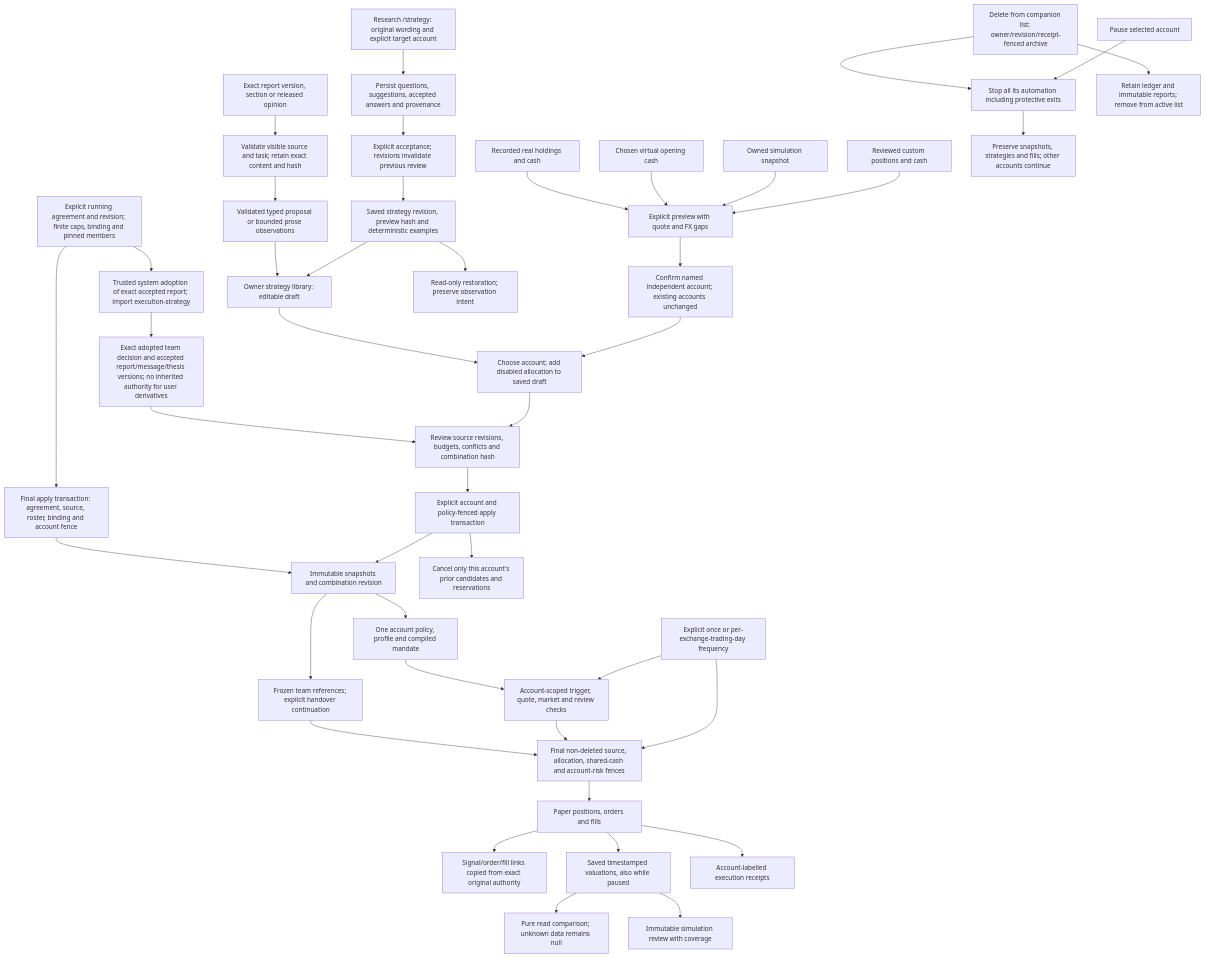
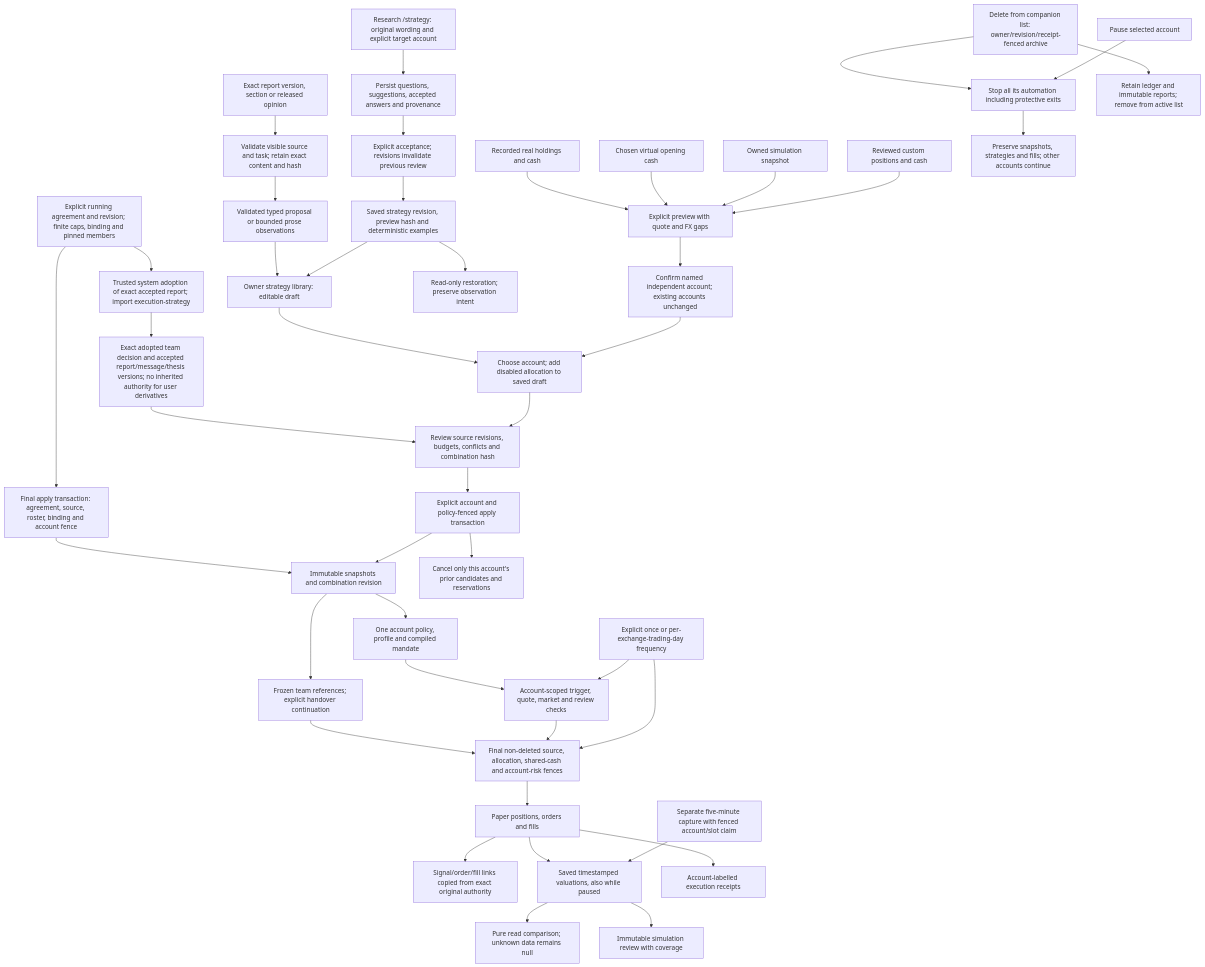
Before and after one commit to Lueyu/squabble: the third of 5 diagrams in docs/architecture.md, drawn with Mermaid. The commit also changed other lines of this file and 65 other files, not shown here.

````diff
--- a/docs/architecture.md
+++ b/docs/architecture.md
@@ -292,44 +297,45 @@
 ```mermaid
 flowchart TD
     agreement["Explicit running agreement and revision; finite caps, binding and pinned members"] --> systemActor["Trusted system adoption of exact accepted report; import execution-strategy"]
     systemActor --> teamDecision
     agreement --> finalAuthority["Final apply transaction: agreement, source, roster, binding and account fence"]
     finalAuthority --> authority
     teamDecision["Exact adopted team decision and accepted report/message/thesis versions; no inherited authority for user derivatives"] --> preview
     authority --> teamPolicy["Frozen team references; explicit handover continuation"]
     teamPolicy --> order
     ledger --> teamTrace["Signal/order/fill links copied from exact original authority"]
     real["Recorded real holdings and cash"] --> seed["Explicit preview with quote and FX gaps"]
     virtual["Chosen virtual opening cash"] --> seed
     ownedPaper["Owned simulation snapshot"] --> seed
     custom["Reviewed custom positions and cash"] --> seed
     seed --> create["Confirm named independent account; existing accounts unchanged"]
     source["Exact report version, section or released opinion"] --> readable["Validate visible source and task; retain exact content and hash"]
     readable --> typed["Validated typed proposal or bounded prose observations"]
     typed --> draft["Owner strategy library: editable draft"]
     idea["Research /strategy: original wording and explicit target account"] --> questions["Persist questions, suggestions, accepted answers and provenance"]
     questions --> acceptAnswer["Explicit acceptance; revisions invalidate previous review"]
     acceptAnswer --> savedReview["Saved strategy revision, preview hash and deterministic examples"]
     savedReview --> draft
     savedReview --> restoreReview["Read-only restoration; preserve observation intent"]
     draft --> target["Choose account; add disabled allocation to saved draft"]
     create --> target
     target --> preview["Review source revisions, budgets, conflicts and combination hash"]
     preview --> apply["Explicit account and policy-fenced apply transaction"]
     apply --> authority["Immutable snapshots and combination revision"]
     apply --> cancel["Cancel only this account's prior candidates and reservations"]
     authority --> runtime["One account policy, profile and compiled mandate"]
     runtime --> schedule["Account-scoped trigger, quote, market and review checks"]
     schedule --> order["Final non-deleted source, allocation, shared-cash and account-risk fences"]
     frequency["Explicit once or per-exchange-trading-day frequency"] --> schedule
     frequency --> order
     order --> ledger["Paper positions, orders and fills"]
     archive["Delete from companion list: owner/revision/receipt-fenced archive"] --> stop
     archive --> retained["Retain ledger and immutable reports; remove from active list"]
     pause["Pause selected account"] --> stop["Stop all its automation including protective exits"]
     stop --> history["Preserve snapshots, strategies and fills; other accounts continue"]
     ledger --> valuation["Saved timestamped valuations, also while paused"]
+    valuationSampler["Separate five-minute capture with fenced account/slot claim"] --> valuation
     valuation --> comparison["Pure read comparison; unknown data remains null"]
     valuation --> review["Immutable simulation review with coverage"]
     ledger --> channel["Account-labelled execution receipts"]
 ```
````
